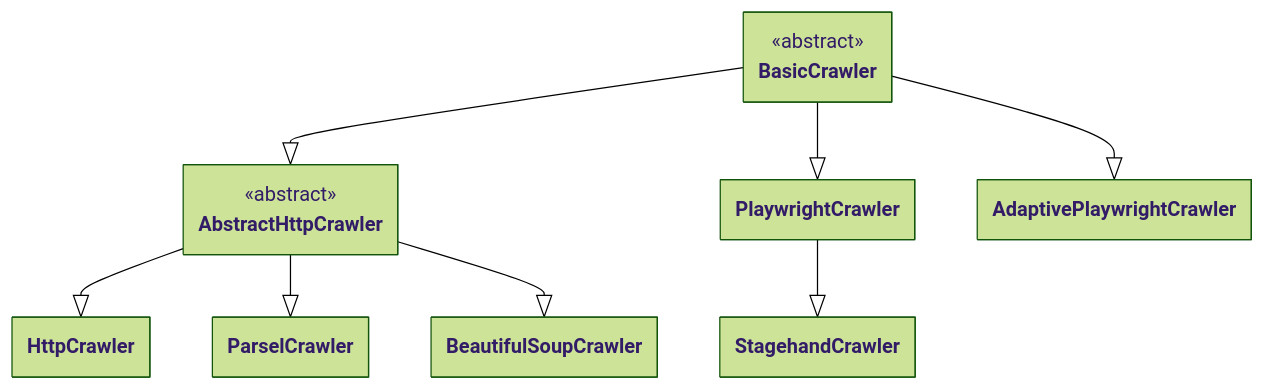
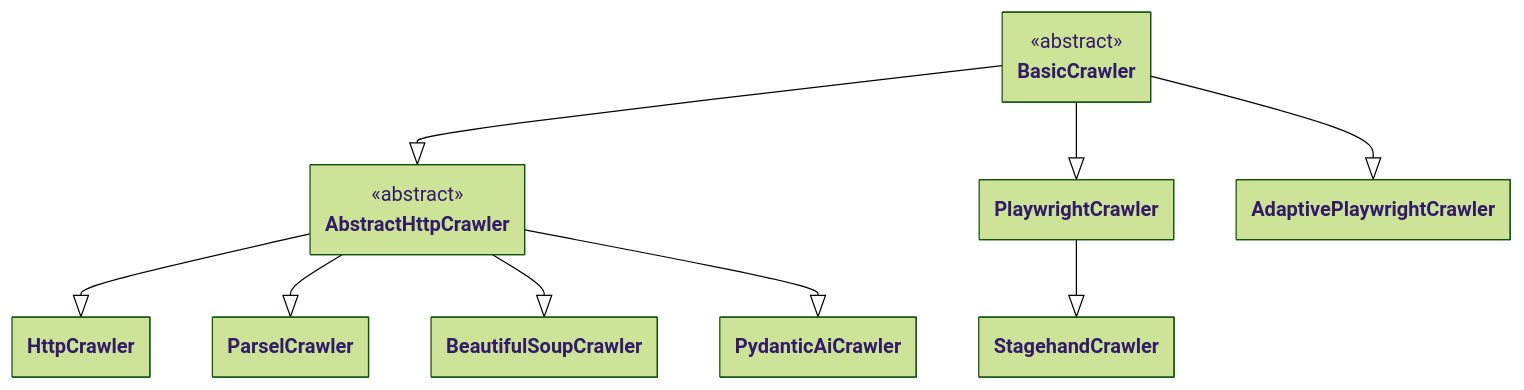
One commit to apify/crawlee-python changed the first of 5 diagrams in docs/guides/architecture_overview.mdx. Above: the diagram before and after it, drawn with Mermaid (forest theme). The commit also changed other lines of this file and 27 other files, not shown here.

First line of the commit message:
feat: Add PydanticAiCrawler with AI-powered HTML extraction (#1964)

````diff
--- a/docs/guides/architecture_overview.mdx
+++ b/docs/guides/architecture_overview.mdx
@@ -21,49 +21,52 @@
 ```mermaid
 ---
 config:
     class:
         hideEmptyMembersBox: true
 ---
 
 classDiagram
 
 %% ========================
 %% Abstract classes
 %% ========================
 
 class BasicCrawler {
     <<abstract>>
 }
 
 class AbstractHttpCrawler {
     <<abstract>>
 }
 
 %% ========================
 %% Specific classes
 %% ========================
 
 class HttpCrawler
 
 class ParselCrawler
 
 class BeautifulSoupCrawler
 
+class PydanticAiCrawler
+
 class PlaywrightCrawler
 
 class AdaptivePlaywrightCrawler
 
 class StagehandCrawler
 
 %% ========================
 %% Inheritance arrows
 %% ========================
 
 BasicCrawler --|> AbstractHttpCrawler
 BasicCrawler --|> PlaywrightCrawler
 BasicCrawler --|> AdaptivePlaywrightCrawler
 AbstractHttpCrawler --|> HttpCrawler
 AbstractHttpCrawler --|> ParselCrawler
 AbstractHttpCrawler --|> BeautifulSoupCrawler
+AbstractHttpCrawler --|> PydanticAiCrawler
 PlaywrightCrawler --|> StagehandCrawler
 ```
````
